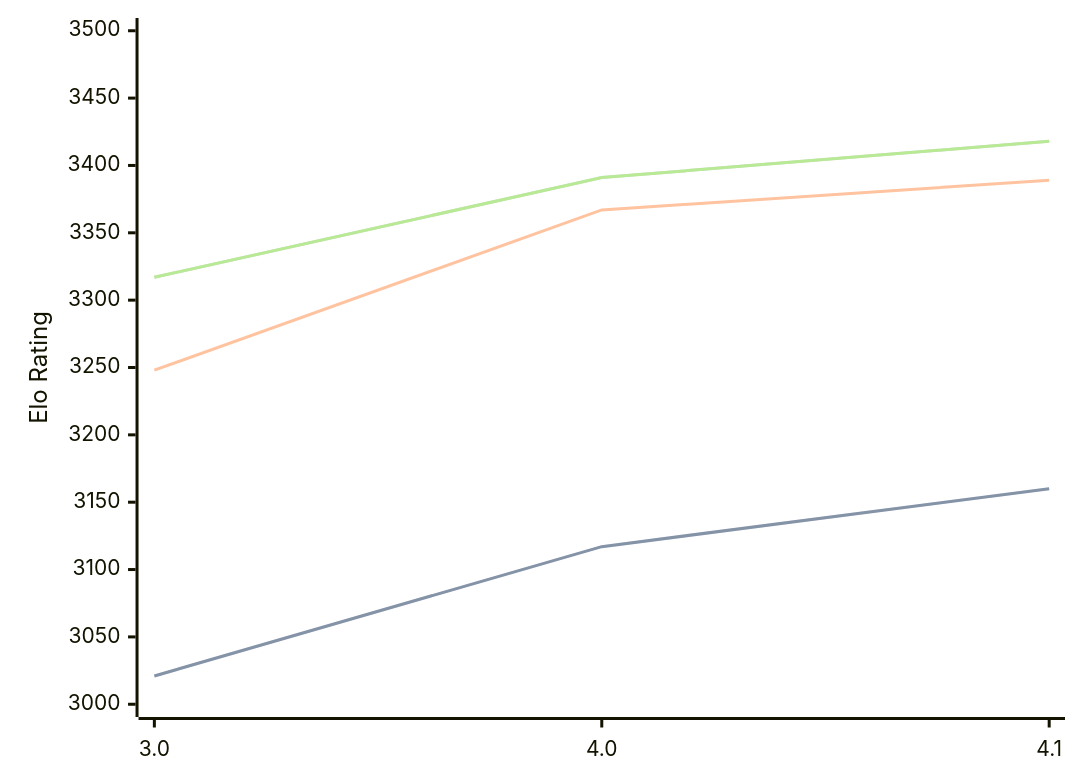
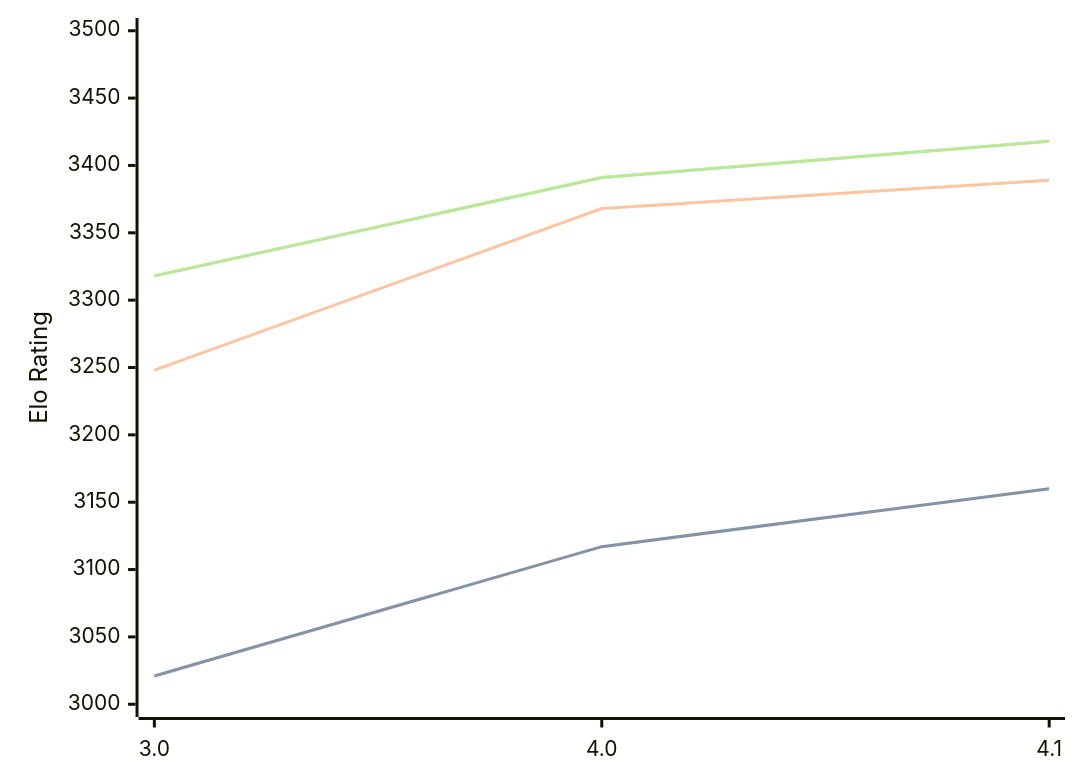
One commit to computer-chess-index/cci changed the diagram in engines/Eleanor.md. Above: the diagram before and after it, drawn with Mermaid. The commit also changed other lines of this file, not shown here.

Commit message:
Update CCI Ratings (ELO VLTC) - 2026-08-20

````diff
--- a/engines/Eleanor.md
+++ b/engines/Eleanor.md
@@ -33,11 +33,11 @@
 ```mermaid
 %%{init: {"theme":"base","themeVariables":{"seriesColors:['#a3a3a3','#222221','#faa371']}}}%%
 xychart-beta
   x-axis ["3.0", "4.0", "4.1"]
   y-axis "Elo Rating" 3000 --> 3500
   line "STC (8.0+0.08s)" [3021, 3117, 3160]
   line "STC (8.0+0.08s)" [3021, 3117, 3160]
-  line "LTC (60.0+0.60s)" [3248, 3367, 3389]
-  line "VLTC (2m24s+1.12s)" [3317, 3391, 3418]
-  line "VLTC (2m24s+1.12s)" [3317, 3391, 3418]
+  line "LTC (60.0+0.60s)" [3248, 3368, 3389]
+  line "VLTC (2m24s+1.12s)" [3318, 3391, 3418]
+  line "VLTC (2m24s+1.12s)" [3318, 3391, 3418]
 ```
````
